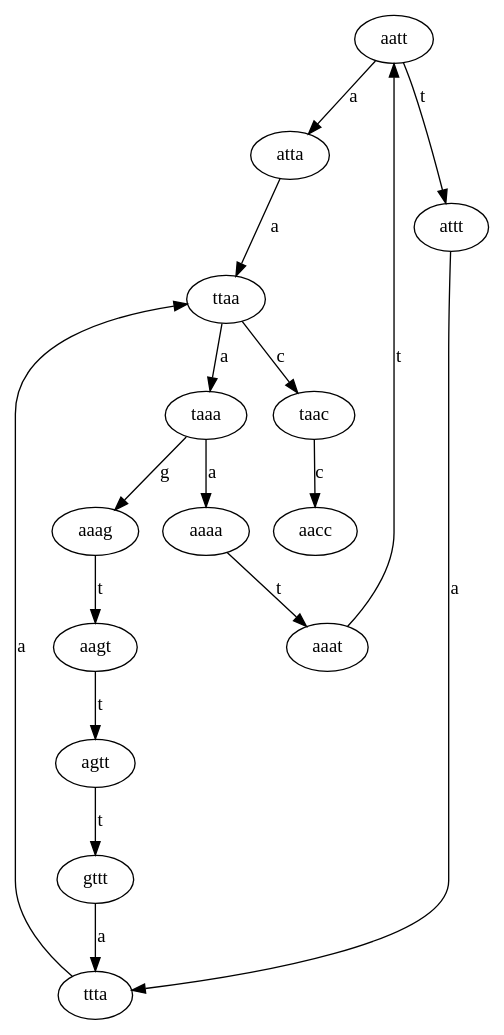
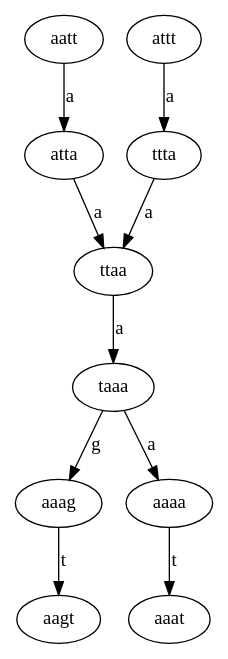
One commit to dlcgold/assignment-bioinfo changed the diagram in 1/esbio/outputs/mut.dot. Above: the diagram before and after it, drawn with Graphviz. The commit also changed 198 other files, not shown here.

```diff
--- a/1/esbio/outputs/mut.dot
+++ b/1/esbio/outputs/mut.dot
@@ -1,18 +1,11 @@
 digraph sample{
 	"aatt" -> "atta" [ label = "a" ];
 	"atta" -> "ttaa" [ label = "a" ];
 	"ttaa" -> "taaa" [ label = "a" ];
 	"taaa" -> "aaag" [ label = "g" ];
 	"aaag" -> "aagt" [ label = "t" ];
-	"aagt" -> "agtt" [ label = "t" ];
-	"agtt" -> "gttt" [ label = "t" ];
-	"gttt" -> "ttta" [ label = "a" ];
+	"attt" -> "ttta" [ label = "a" ];
 	"ttta" -> "ttaa" [ label = "a" ];
-	"ttaa" -> "taac" [ label = "c" ];
-	"taac" -> "aacc" [ label = "c" ];
-	"attt" -> "ttta" [ label = "a" ];
 	"taaa" -> "aaaa" [ label = "a" ];
 	"aaaa" -> "aaat" [ label = "t" ];
-	"aaat" -> "aatt" [ label = "t" ];
-	"aatt" -> "attt" [ label = "t" ];
 }
```
